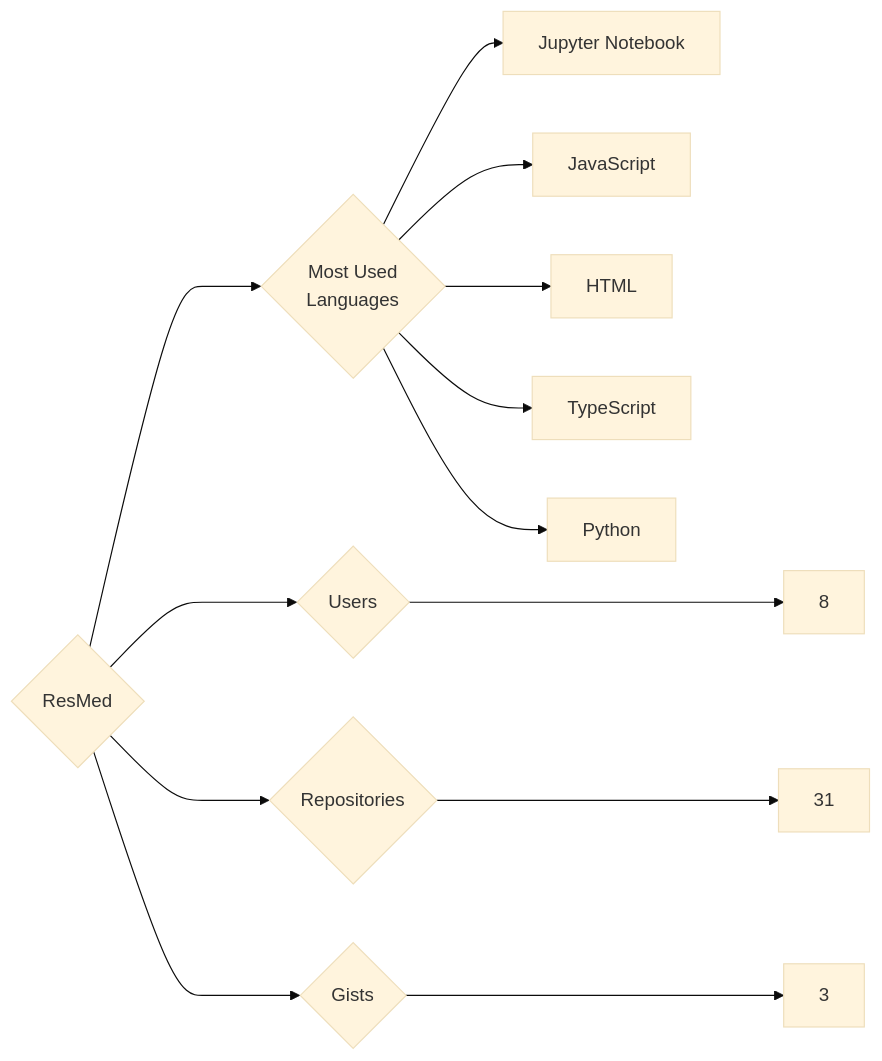
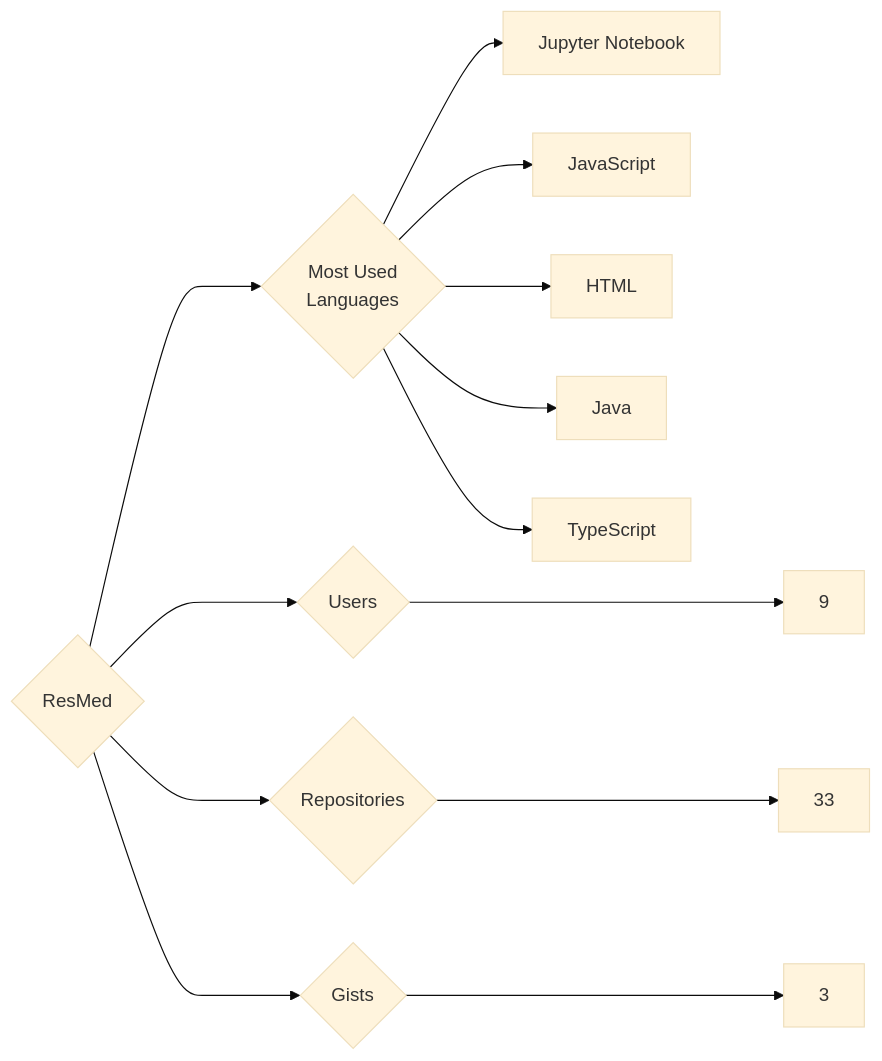
One commit to trickest/insiders changed the diagram in targets/ResMed/README.md. Above: the diagram before and after it, drawn with Mermaid (base theme). The commit also changed 1484 other files, not shown here.

````diff
--- a/targets/ResMed/README.md
+++ b/targets/ResMed/README.md
@@ -3,13 +3,13 @@
 ```mermaid
 graph LR
 COMPANY_NAME{ResMed}
-COMPANY_NAME ---> U{Users} ---> UN[8]
-COMPANY_NAME ---> R{Repositories} ---> RN[31]
+COMPANY_NAME ---> U{Users} ---> UN[9]
+COMPANY_NAME ---> R{Repositories} ---> RN[33]
 COMPANY_NAME ---> G{Gists} ---> GN[3]
 COMPANY_NAME ---> ML{Most Used<br>Languages}
 ML --> Jupyter_Notebook[Jupyter Notebook]
 ML --> JavaScript[JavaScript]
 ML --> HTML[HTML]
+ML --> Java[Java]
 ML --> TypeScript[TypeScript]
-ML --> Python[Python]
 ```
````
